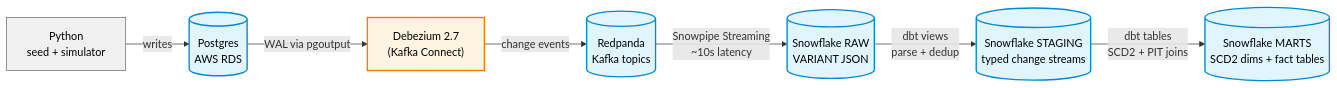
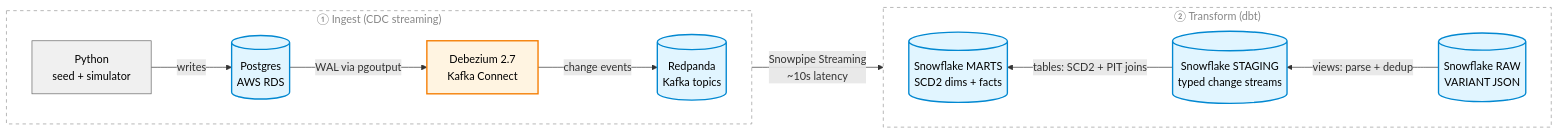
The diagram in README.md (l1n9d/ecommerce_cdc), drawn with Mermaid before and after one commit.

Commit message:
adjusted architecture graph

````diff
--- a/README.md
+++ b/README.md
@@ -7,31 +7,35 @@
 ```mermaid
-%%{init: {'flowchart': {'rankSpacing': 50, 'nodeSpacing': 30}}}%%
 flowchart LR
     Sim["Python<br/>seed + simulator"]
     PG[("Postgres<br/>AWS RDS")]
-    DBZ["Debezium 2.7<br/>(Kafka Connect)"]
+    DBZ["Debezium 2.7<br/>Kafka Connect"]
     KF[("Redpanda<br/>Kafka topics")]
     RAW[("Snowflake RAW<br/>VARIANT JSON")]
     STG[("Snowflake STAGING<br/>typed change streams")]
-    MARTS[("Snowflake MARTS<br/>SCD2 dims + fact tables")]
+    MARTS[("Snowflake MARTS<br/>SCD2 dims + facts")]
 
-    %% Top row: ingest path, left to right
-    Sim -->|writes| PG
-    PG -->|"WAL via pgoutput"| DBZ
-    DBZ -->|"change events"| KF
+    subgraph ingest["① Ingest (CDC streaming)"]
+        direction LR
+        Sim -->|writes| PG
+        PG -->|"WAL via pgoutput"| DBZ
+        DBZ -->|"change events"| KF
+    end
 
-    %% Vertical drop into Snowflake
+    subgraph transform["② Transform (dbt)"]
+        direction RL
+        RAW -->|"views: parse + dedup"| STG
+        STG -->|"tables: SCD2 + PIT joins"| MARTS
+    end
+
     KF -->|"Snowpipe Streaming<br/>~10s latency"| RAW
-
-    %% Bottom row: dbt transformations, right to left
-    RAW -->|"dbt views<br/>parse + dedup"| STG
-    STG -->|"dbt tables<br/>SCD2 + PIT joins"| MARTS
 
     classDef storage fill:#e1f5ff,stroke:#0288d1,stroke-width:2px,color:#000
     classDef compute fill:#fff4e1,stroke:#f57c00,stroke-width:2px,color:#000
     classDef python fill:#f0f0f0,stroke:#666,stroke-width:1px,color:#000
-    
+    classDef phase fill:transparent,stroke:#999,stroke-dasharray:5 5,color:#888
+
     class PG,KF,RAW,STG,MARTS storage
     class DBZ compute
     class Sim python
+    class ingest,transform phase
 ```
````
